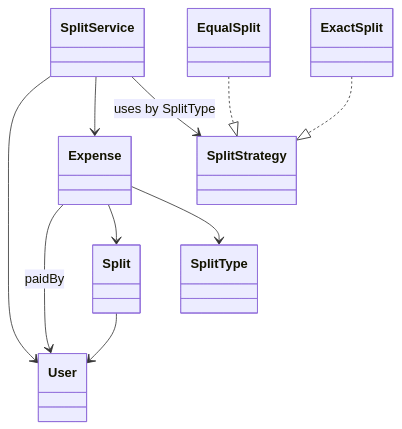
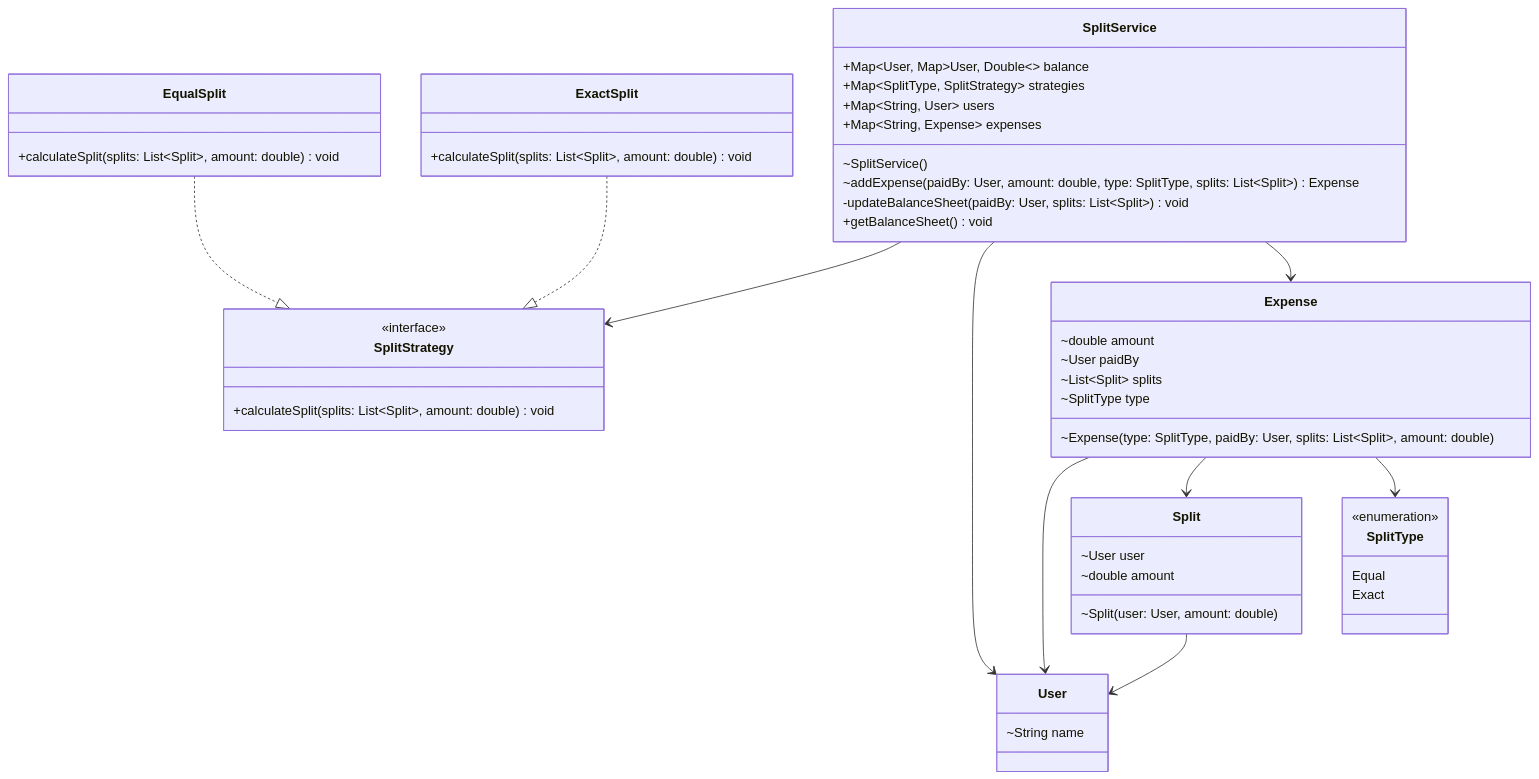
Before and after one commit to aknrg77/LowLevelDesign: the fourth of 10 diagrams in README.md, drawn with Mermaid. The commit also changed other lines of this file, not shown here.

Commit message:
Enhanced README with detailed UML diagrams for Food Delivery, Vehicle Rental, Ride Booking, and Splitwise modules, including class definitions and relationships.

````diff
--- a/README.md
+++ b/README.md
@@ -98,21 +252,52 @@
 ```mermaid
 classDiagram
-class SplitService
-class User
-class Expense
-class Split
-class SplitType
-class SplitStrategy
-class EqualSplit
-class ExactSplit
-
-SplitService --> User
-SplitService --> Expense
-SplitService --> SplitStrategy : uses by SplitType
+class SplitService {
+  +Map~User, Map~User, Double~~ balance
+  +Map~SplitType, SplitStrategy~ strategies
+  +Map~String, User~ users
+  +Map~String, Expense~ expenses
+  ~SplitService()
+  ~addExpense(paidBy: User, amount: double, type: SplitType, splits: List~Split~) Expense
+  -updateBalanceSheet(paidBy: User, splits: List~Split~) void
+  +getBalanceSheet() void
+}
+class User {
+  ~String name
+}
+class Expense {
+  ~double amount
+  ~User paidBy
+  ~List~Split~ splits
+  ~SplitType type
+  ~Expense(type: SplitType, paidBy: User, splits: List~Split~, amount: double)
+}
+class Split {
+  ~User user
+  ~double amount
+  ~Split(user: User, amount: double)
+}
+class SplitType {
+  <<enumeration>>
+  Equal
+  Exact
+}
+class SplitStrategy {
+  <<interface>>
+  +calculateSplit(splits: List~Split~, amount: double) void
+}
+class EqualSplit {
+  +calculateSplit(splits: List~Split~, amount: double) void
+}
+class ExactSplit {
+  +calculateSplit(splits: List~Split~, amount: double) void
+}
 EqualSplit ..|> SplitStrategy
 ExactSplit ..|> SplitStrategy
-Expense --> User : paidBy
+Expense --> User
 Expense --> Split
 Expense --> SplitType
 Split --> User
+SplitService --> SplitStrategy
+SplitService --> User
+SplitService --> Expense
 ```
````
